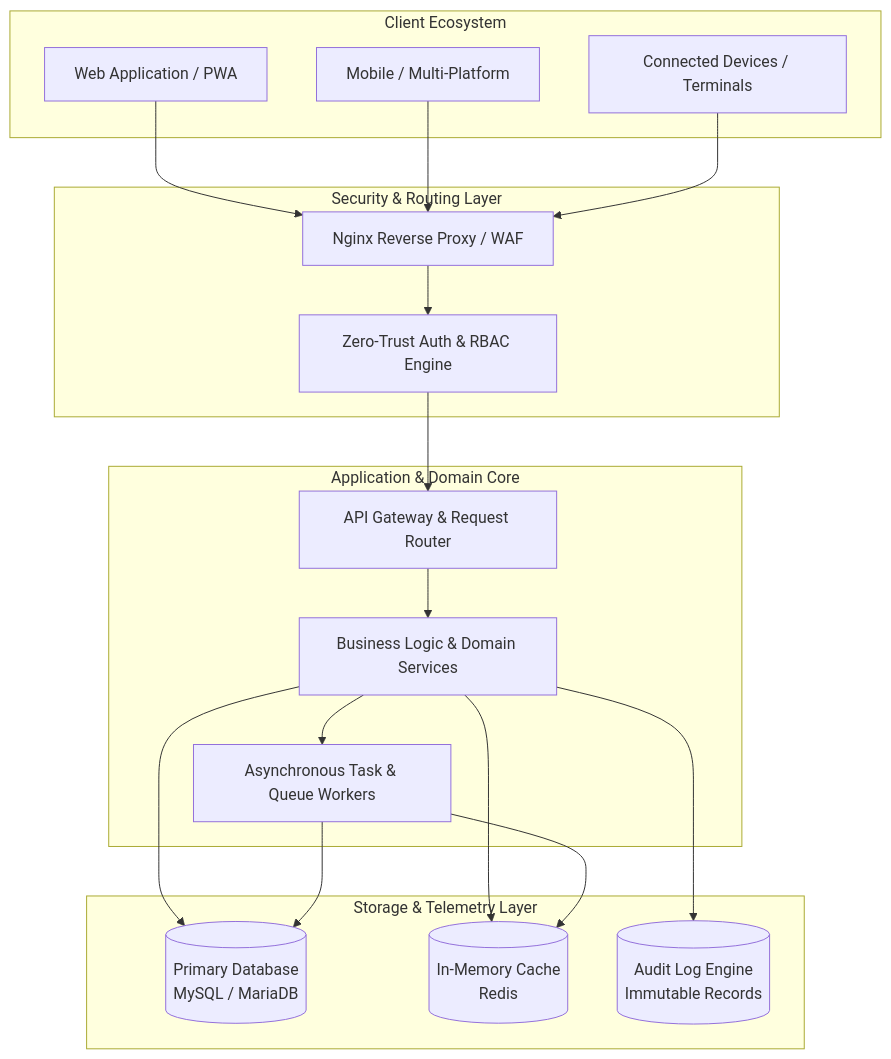
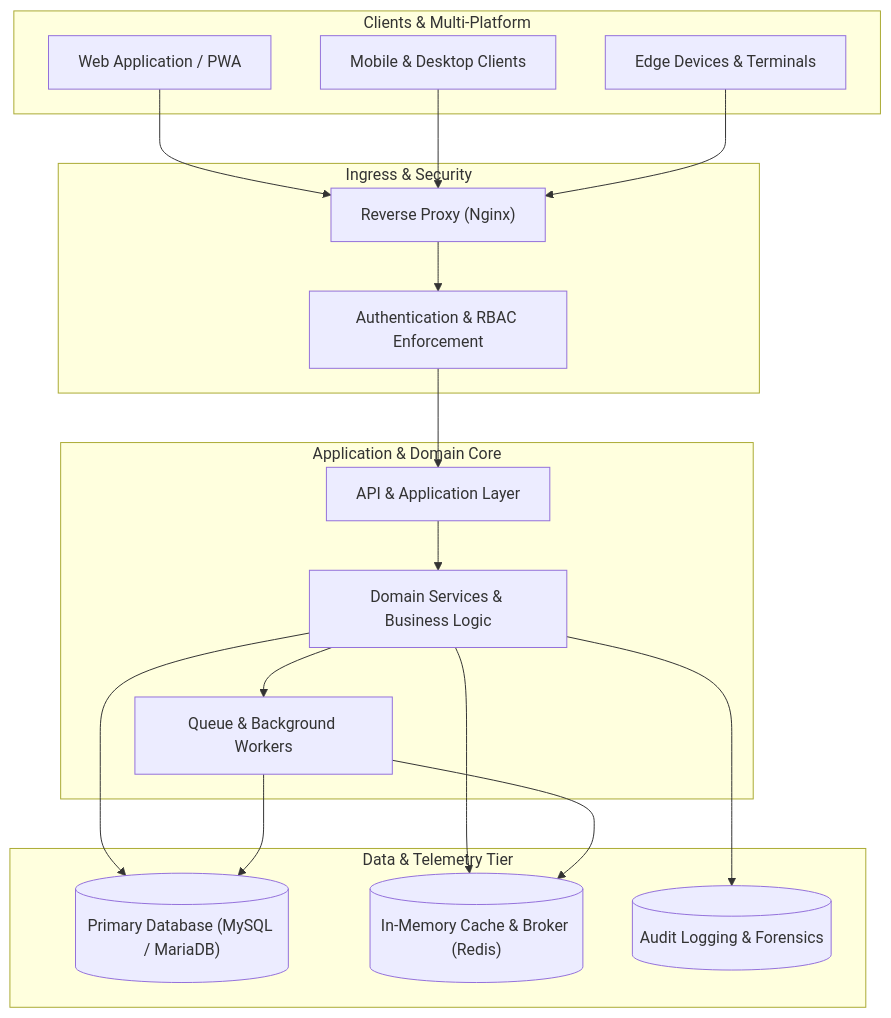
One commit to VEXONCODE404/VEXONCODE404 changed the diagram in README.md. Above: the diagram before and after it, drawn with Mermaid. The commit also changed other lines of this file, not shown here.

Commit message:
feat(v2): elite anonymous profile with zero identifying traces, clean architecture & optimal typography

````diff
--- a/README.md
+++ b/README.md
@@ -163,40 +149,40 @@
 ```mermaid
 flowchart TD
-    subgraph Client_Ecosystem [" Client Ecosystem "]
+    subgraph Clients [" Clients & Multi-Platform "]
         Web["Web Application / PWA"]
-        Mobile["Mobile / Multi-Platform"]
-        IoT["Connected Devices / Terminals"]
+        Mobile["Mobile & Desktop Clients"]
+        EdgeNodes["Edge Devices & Terminals"]
     end
 
-    subgraph Security_Gate [" Security & Routing Layer "]
-        Proxy["Nginx Reverse Proxy / WAF"]
-        Auth["Zero-Trust Auth & RBAC Engine"]
+    subgraph Ingress [" Ingress & Security "]
+        Proxy["Reverse Proxy (Nginx)"]
+        AuthGate["Authentication & RBAC Enforcement"]
     end
 
-    subgraph Service_Core [" Application & Domain Core "]
-        Gateway["API Gateway & Request Router"]
-        Services["Business Logic & Domain Services"]
-        Workers["Asynchronous Task & Queue Workers"]
+    subgraph CoreEngine [" Application & Domain Core "]
+        APIGateway["API & Application Layer"]
+        DomainServices["Domain Services & Business Logic"]
+        AsyncWorkers["Queue & Background Workers"]
     end
 
-    subgraph Persistence [" Storage & Telemetry Layer "]
-        DB[("Primary Database\nMySQL / MariaDB")]
-        Cache[("In-Memory Cache\nRedis")]
-        Audit[("Audit Log Engine\nImmutable Records")]
+    subgraph DataTier [" Data & Telemetry Tier "]
+        RDBMS[("Primary Database (MySQL / MariaDB)")]
+        CacheTier[("In-Memory Cache & Broker (Redis)")]
+        AuditStore[("Audit Logging & Forensics")]
     end
 
     Web --> Proxy
     Mobile --> Proxy
-    IoT --> Proxy
+    EdgeNodes --> Proxy
 
-    Proxy --> Auth
-    Auth --> Gateway
-    Gateway --> Services
-    Services --> Workers
+    Proxy --> AuthGate
+    AuthGate --> APIGateway
+    APIGateway --> DomainServices
+    DomainServices --> AsyncWorkers
 
-    Services --> DB
-    Services --> Cache
-    Services --> Audit
-    Workers --> DB
-    Workers --> Cache
+    DomainServices --> RDBMS
+    DomainServices --> CacheTier
+    DomainServices --> AuditStore
+    AsyncWorkers --> RDBMS
+    AsyncWorkers --> CacheTier
 ```
````
